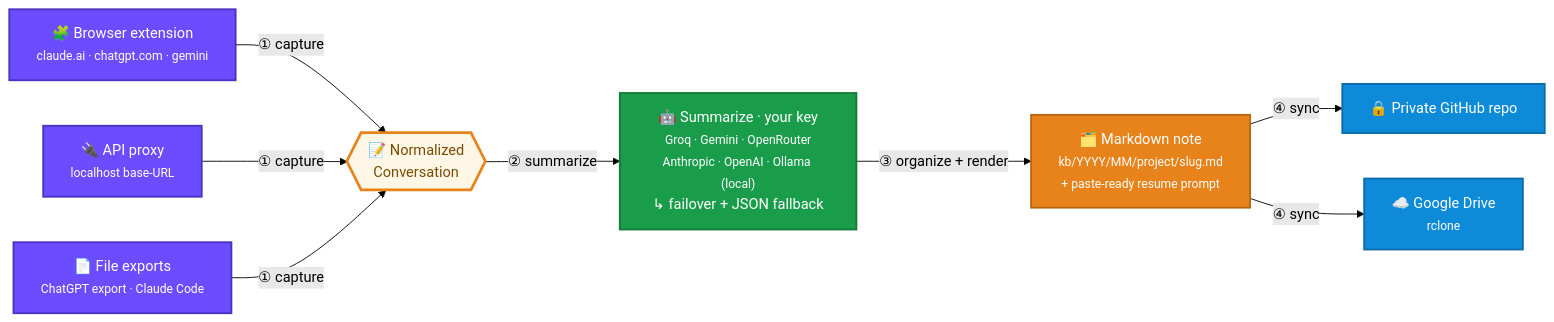
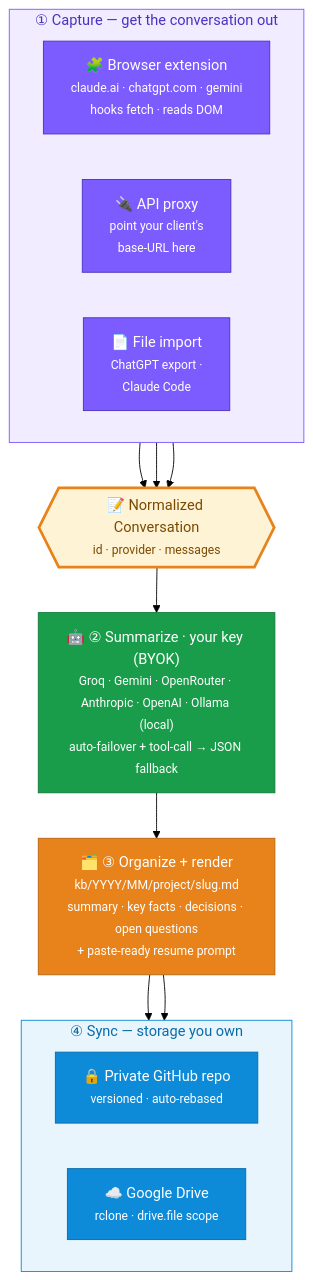
The diagram in README.md (Sufian-Abu/engram), drawn with Mermaid (forest theme) before and after one commit. The commit also changed other lines of this file, not shown here.

Commit message:
README: polish architecture diagram + add Google Drive setup (min scope)
- Architecture diagram reworked into grouped, colored subgraphs (Capture / Sync
  boxes, gold contract hub, numbered stages) with a 'read it as a funnel'
  explanation and the two run-modes (self-contained extension vs daemon).
- New 'Mirror to Google Drive' section: rclone walkthrough leading with
  scope 3 (drive.file, least-privilege), the 'say no to Team Drive' 403 gotcha,
  and how to revoke.

````diff
--- a/README.md
+++ b/README.md
@@ -25,32 +25,43 @@
 ```mermaid
-flowchart LR
-    EXT["🧩 Browser extension<br/><small>claude.ai · chatgpt.com · gemini</small>"]
-    PROXY["🔌 API proxy<br/><small>localhost base-URL</small>"]
-    FILES["📄 File exports<br/><small>ChatGPT export · Claude Code</small>"]
+flowchart TD
+    subgraph CAP["① Capture — get the conversation out"]
+        direction LR
+        EXT["🧩 Browser extension<br/><small>claude.ai · chatgpt.com · gemini<br/>hooks fetch · reads DOM</small>"]
+        PROXY["🔌 API proxy<br/><small>point your client's<br/>base-URL here</small>"]
+        FILES["📄 File import<br/><small>ChatGPT export ·<br/>Claude Code</small>"]
+    end
 
-    CONV{{"📝 Normalized<br/>Conversation"}}
+    CONV{{"📝 Normalized Conversation<br/><small>id · provider · messages</small>"}}
 
-    PROV["🤖 Summarize · your key<br/><small>Groq · Gemini · OpenRouter<br/>Anthropic · OpenAI · Ollama (local)</small><br/>↳ failover + JSON fallback"]
+    SUM["🤖 ② Summarize · your key (BYOK)<br/><small>Groq · Gemini · OpenRouter · Anthropic · OpenAI · Ollama (local)<br/>auto-failover + tool-call → JSON fallback</small>"]
 
-    NOTE["🗂️ Markdown note<br/><small>kb/YYYY/MM/project/slug.md<br/>+ paste-ready resume prompt</small>"]
+    NOTE["🗂️ ③ Organize + render<br/><small>kb/YYYY/MM/project/slug.md<br/>summary · key facts · decisions · open questions<br/>+ paste-ready resume prompt</small>"]
 
-    GIT["🔒 Private GitHub repo"]
-    DRIVE["☁️ Google Drive<br/><small>rclone</small>"]
+    subgraph SYNC["④ Sync — storage you own"]
+        direction LR
+        GIT["🔒 Private GitHub repo<br/><small>versioned · auto-rebased</small>"]
+        DRIVE["☁️ Google Drive<br/><small>rclone · drive.file scope</small>"]
+    end
 
-    EXT & PROXY & FILES -->|① capture| CONV
-    CONV -->|② summarize| PROV
-    PROV -->|③ organize + render| NOTE
-    NOTE -->|④ sync| GIT & DRIVE
+    EXT --> CONV
+    PROXY --> CONV
+    FILES --> CONV
+    CONV --> SUM --> NOTE
+    NOTE --> GIT
+    NOTE --> DRIVE
 
-    classDef capture fill:#6b4cff,stroke:#4a32c0,color:#fff,stroke-width:2px
-    classDef contract fill:#fff7e6,stroke:#e8821a,color:#7a4a00,stroke-width:3px
-    classDef summarize fill:#1a9d4a,stroke:#137a39,color:#fff,stroke-width:2px
-    classDef organize fill:#e8821a,stroke:#b8650f,color:#fff,stroke-width:2px
-    classDef sync fill:#0d8bd9,stroke:#0a6ba8,color:#fff,stroke-width:2px
+    classDef capnode fill:#7c5cff,stroke:#4a32c0,color:#fff
+    classDef hub fill:#fff3d6,stroke:#e8821a,color:#7a4a00,stroke-width:3px
+    classDef sumnode fill:#1a9d4a,stroke:#117a37,color:#fff
+    classDef orgnode fill:#e8821a,stroke:#b8650f,color:#fff
+    classDef stonode fill:#0d8bd9,stroke:#0a6ba8,color:#fff
 
-    class EXT,PROXY,FILES capture
-    class CONV contract
-    class PROV summarize
-    class NOTE organize
-    class GIT,DRIVE sync
+    class EXT,PROXY,FILES capnode
+    class CONV hub
+    class SUM sumnode
+    class NOTE orgnode
+    class GIT,DRIVE stonode
+
+    style CAP fill:#f1ecff,stroke:#7c5cff,color:#4a32c0
+    style SYNC fill:#e8f5fd,stroke:#0d8bd9,color:#0a6ba8
 ```
````
